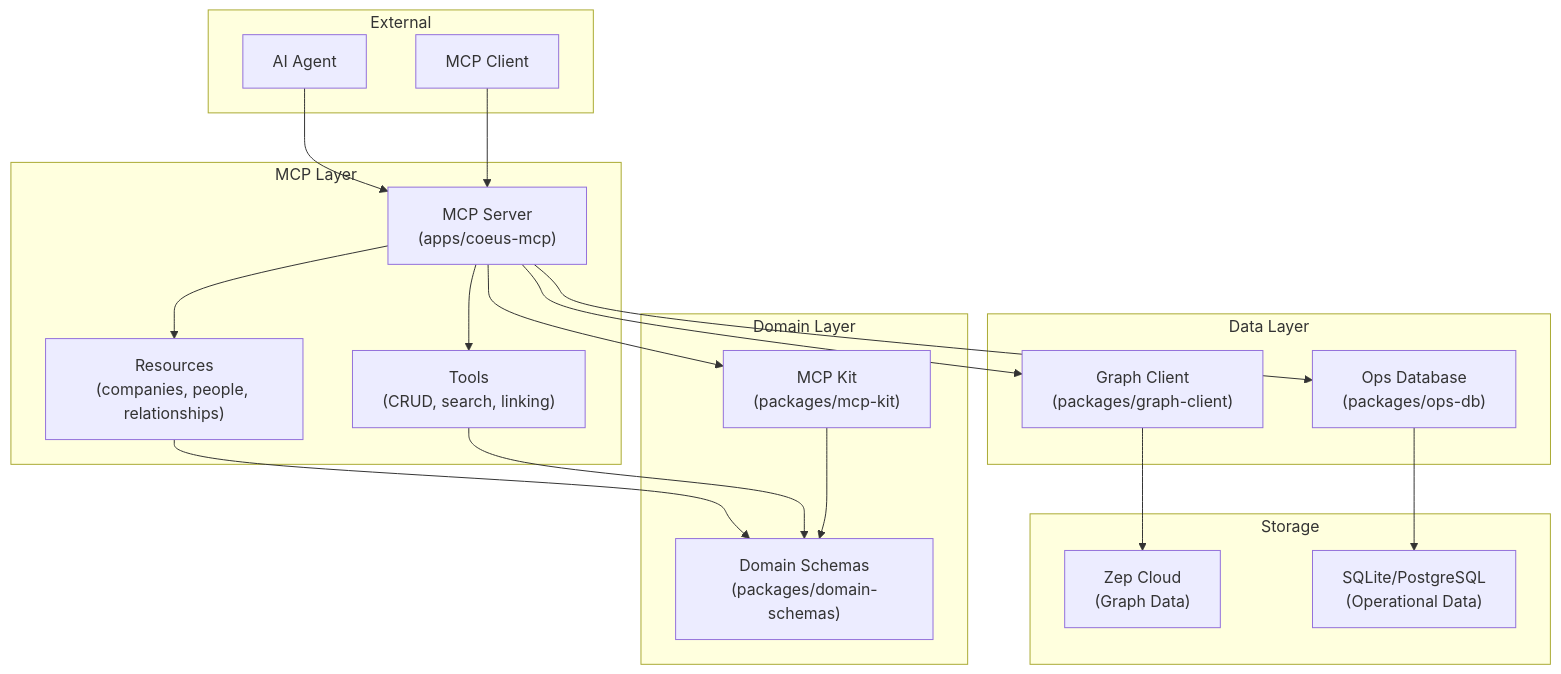
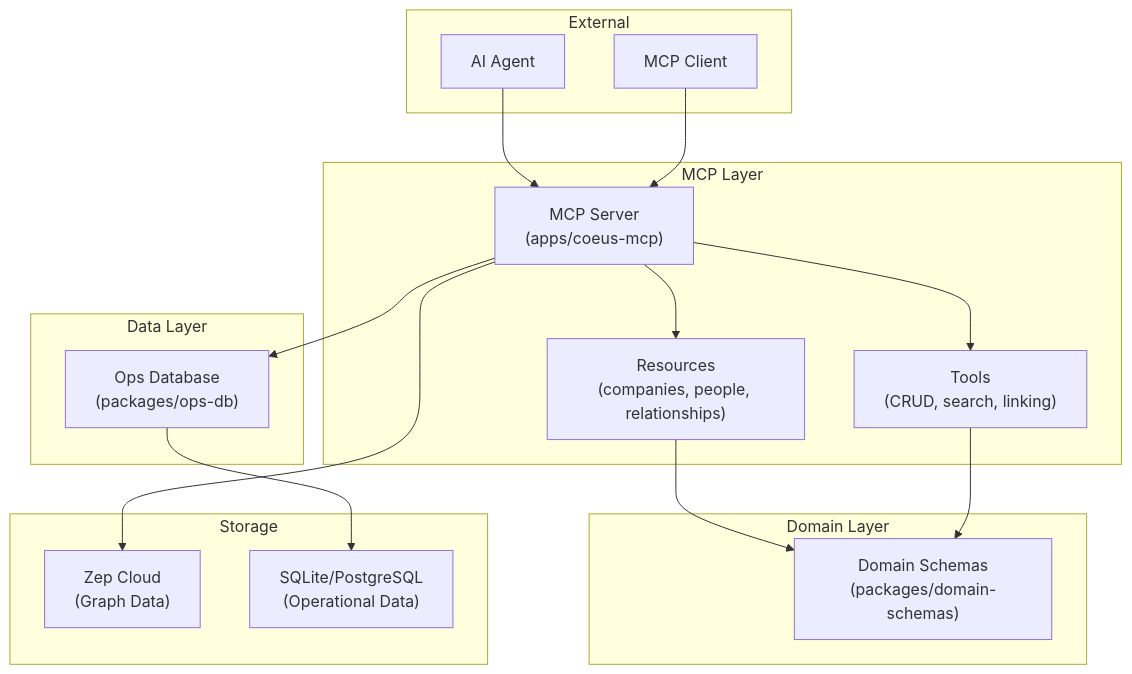
Before and after one commit to leovigna/agent-coeus: the first of 7 diagrams in ARCHITECTURE.md, drawn with Mermaid. The commit also changed other lines of this file and 3 other files, not shown here.

Commit message:
fix architecture/templates rule

````diff
--- a/ARCHITECTURE.md
+++ b/ARCHITECTURE.md
@@ -6,41 +6,36 @@
 ```mermaid
 graph TB
     subgraph "External"
         Agent["AI Agent"]
         Client["MCP Client"]
     end
 
     subgraph "MCP Layer"
         MCP["MCP Server<br/>(apps/coeus-mcp)"]
         Resources["Resources<br/>(companies, people, relationships)"]
         Tools["Tools<br/>(CRUD, search, linking)"]
     end
 
     subgraph "Domain Layer"
         Schemas["Domain Schemas<br/>(packages/domain-schemas)"]
-        MCPKit["MCP Kit<br/>(packages/mcp-kit)"]
     end
 
     subgraph "Data Layer"
-        GraphClient["Graph Client<br/>(packages/graph-client)"]
         OpsDB["Ops Database<br/>(packages/ops-db)"]
     end
 
     subgraph "Storage"
         ZepCloud["Zep Cloud<br/>(Graph Data)"]
         SQLite["SQLite/PostgreSQL<br/>(Operational Data)"]
     end
 
     Agent --> MCP
     Client --> MCP
     MCP --> Resources
     MCP --> Tools
-    MCP --> MCPKit
     Resources --> Schemas
     Tools --> Schemas
-    MCPKit --> Schemas
-    MCP --> GraphClient
     MCP --> OpsDB
-    GraphClient --> ZepCloud
+    MCP --> ZepCloud
     OpsDB --> SQLite
 ```
````
